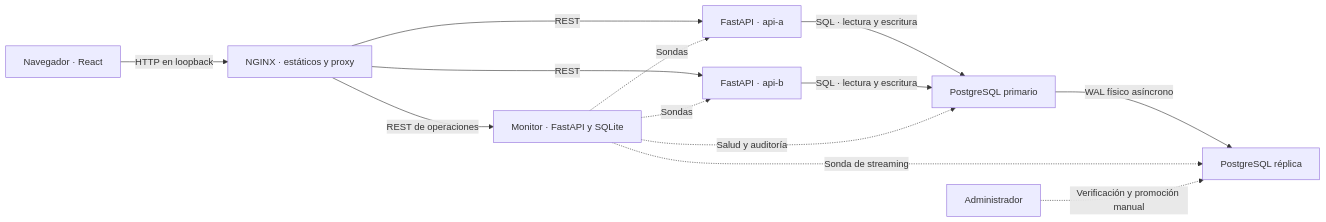
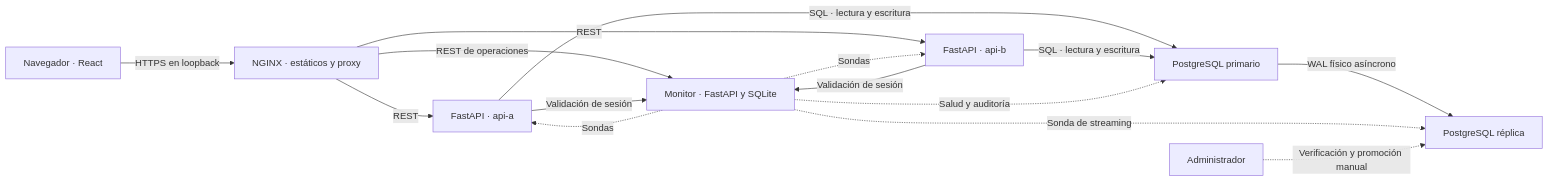
One commit to Jhomnsito/sistemas-distribuidos changed the first of 2 diagrams in docs/manual-tecnico.md. Above: the diagram before and after it, drawn with Mermaid. The commit also changed other lines of this file and 11 other files, not shown here.

````diff
--- a/docs/manual-tecnico.md
+++ b/docs/manual-tecnico.md
@@ -5,15 +5,17 @@
 ```mermaid
 flowchart LR
-  U["Navegador · React"] -->|"HTTP en loopback"| G["NGINX · estáticos y proxy"]
+  U["Navegador · React"] -->|"HTTPS en loopback"| G["NGINX · estáticos y proxy"]
   G -->|"REST"| A["FastAPI · api-a"]
   G -->|"REST"| B["FastAPI · api-b"]
   A -->|"SQL · lectura y escritura"| P["PostgreSQL primario"]
   B -->|"SQL · lectura y escritura"| P
   P -->|"WAL físico asíncrono"| S["PostgreSQL réplica"]
   G -->|"REST de operaciones"| M["Monitor · FastAPI y SQLite"]
+  A -->|"Validación de sesión"| M
+  B -->|"Validación de sesión"| M
   M -.->|"Sondas"| A
   M -.->|"Sondas"| B
   M -.->|"Salud y auditoría"| P
   M -.->|"Sonda de streaming"| S
   O["Administrador"] -.->|"Verificación y promoción manual"| S
 ```
````
